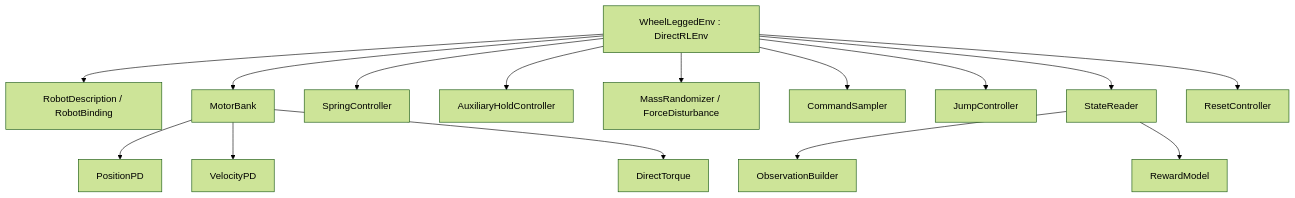
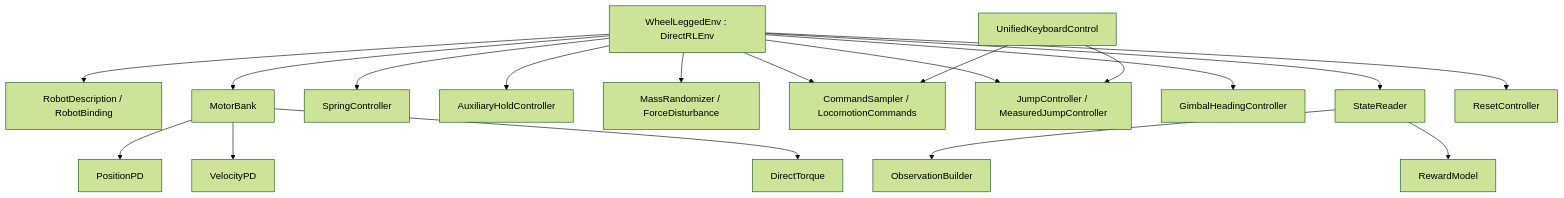
Before and after one commit to laohantuiche01/wheel_leg: the diagram in docs/ARCHITECTURE.md, drawn with Mermaid (forest theme). The commit also changed other lines of this file and 2 other files, not shown here.

````diff
--- a/docs/ARCHITECTURE.md
+++ b/docs/ARCHITECTURE.md
@@ -3,17 +3,20 @@
 ```mermaid
 flowchart TD
   E[WheelLeggedEnv : DirectRLEnv] --> B[RobotDescription / RobotBinding]
   E --> M[MotorBank]
   M --> P[PositionPD]
   M --> V[VelocityPD]
   M --> T[DirectTorque]
   E --> S[SpringController]
   E --> H[AuxiliaryHoldController]
   E --> D[MassRandomizer / ForceDisturbance]
-  E --> C[CommandSampler]
-  E --> J[JumpController]
+  E --> C[CommandSampler / LocomotionCommands]
+  E --> J[JumpController / MeasuredJumpController]
+  E --> G[GimbalHeadingController]
+  K[UnifiedKeyboardControl] --> C
+  K --> J
   E --> R[StateReader]
   R --> O[ObservationBuilder]
   R --> W[RewardModel]
   E --> X[ResetController]
 ```
````
